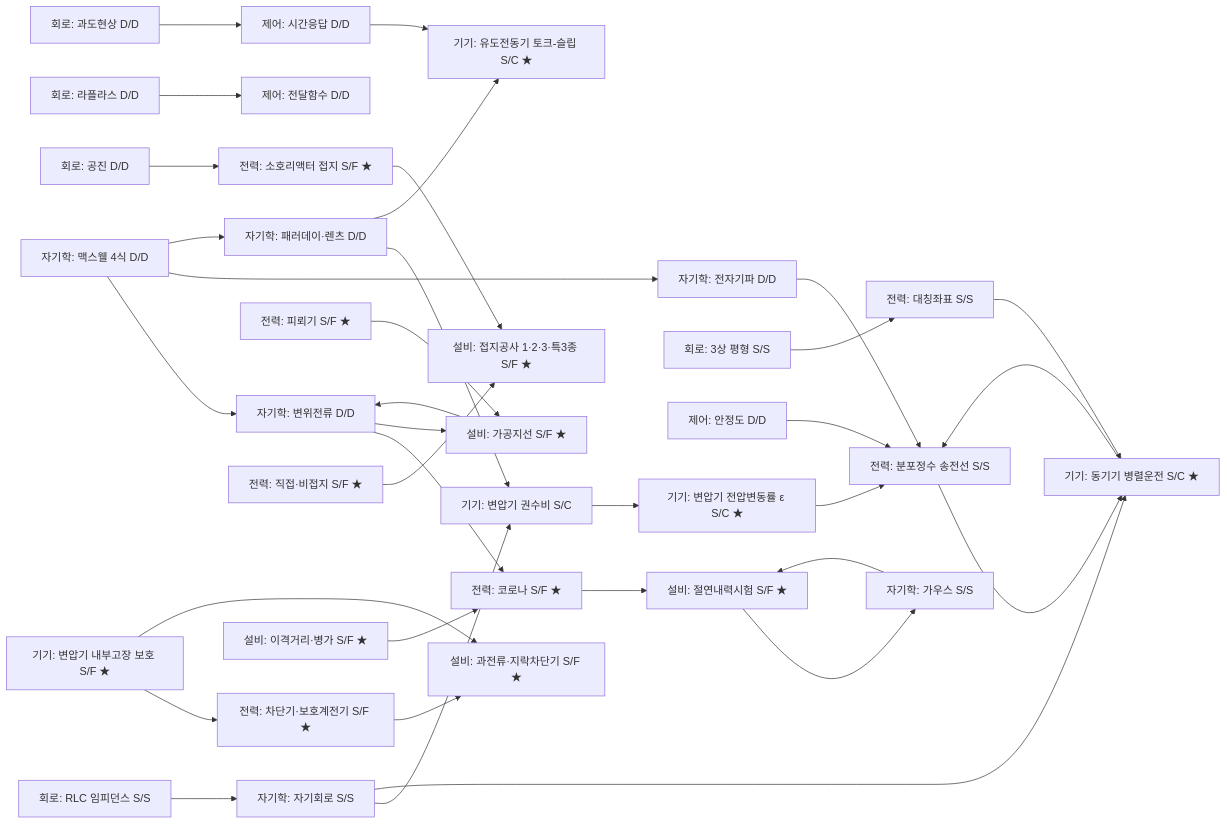
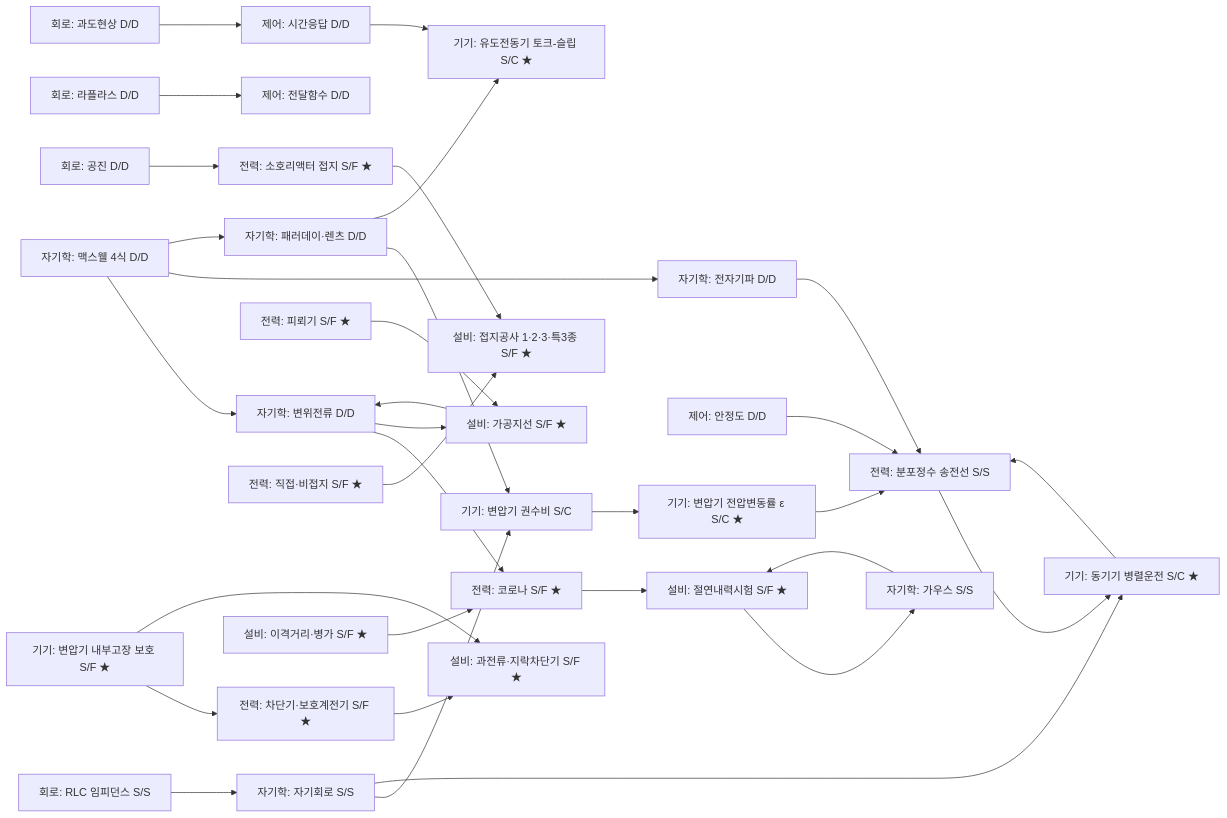
Before and after one commit to mnvoice/ee-agent: the diagram in docs/study/electrical_engineer_6_subject_integration_map_v0_2026-05-25.md, drawn with Mermaid. The commit also changed other lines of this file, not shown here.

```diff
--- a/docs/study/electrical_engineer_6_subject_integration_map_v0_2026-05-25.md
+++ b/docs/study/electrical_engineer_6_subject_integration_map_v0_2026-05-25.md
@@ -228,7 +228,6 @@
     C_Transient[회로: 과도현상 D/D]
     C_Resonance[회로: 공진 D/D]
     C_Laplace[회로: 라플라스 D/D]
-    C_3Phase[회로: 3상 평형 S/S]
 
     %% 제어 (D/D)
     Ctl_Transfer[제어: 전달함수 D/D]
@@ -249,7 +248,6 @@
     P_DirectGnd[전력: 직접·비접지 S/F ★]
     P_CB[전력: 차단기·보호계전기 S/F ★]
     P_DistParam[전력: 분포정수 송전선 S/S]
-    P_Symm[전력: 대칭좌표 S/S]
 
     %% 설비 (S/F 함정)
     Sb_InsulTest[설비: 절연내력시험 S/F ★]
@@ -275,7 +273,6 @@
     C_Transient --> Ctl_Time
     C_Resonance --> P_Sucho
     C_Laplace --> Ctl_Transfer
-    C_3Phase --> P_Symm
 
     Ctl_Time --> Mc_TorqueSlip
     Ctl_Stability --> P_DistParam
@@ -292,7 +289,6 @@
     P_Sucho --> Sb_Ground
     P_CB --> Sb_OC
     P_DistParam --> Mc_Sync
-    P_Symm --> Mc_Sync
 
     Sb_InsulTest --> M_Gauss
     Sb_LightArr --> M_Displacement
```
